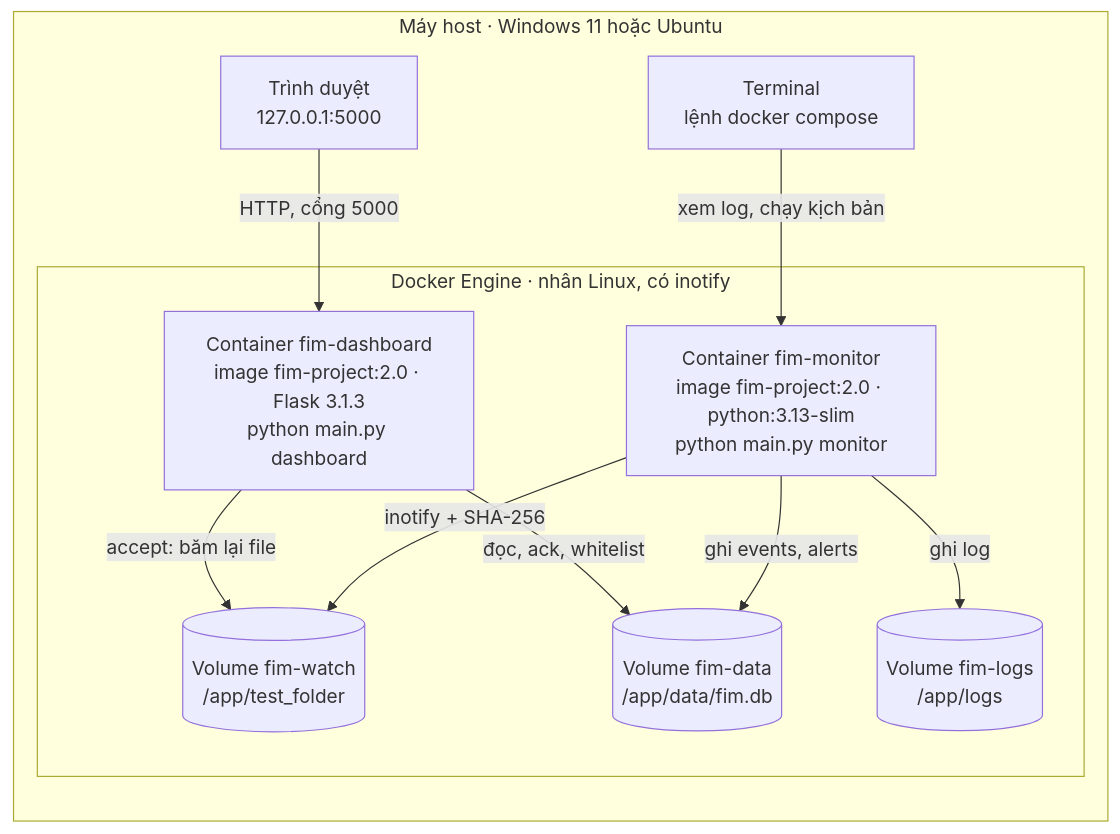
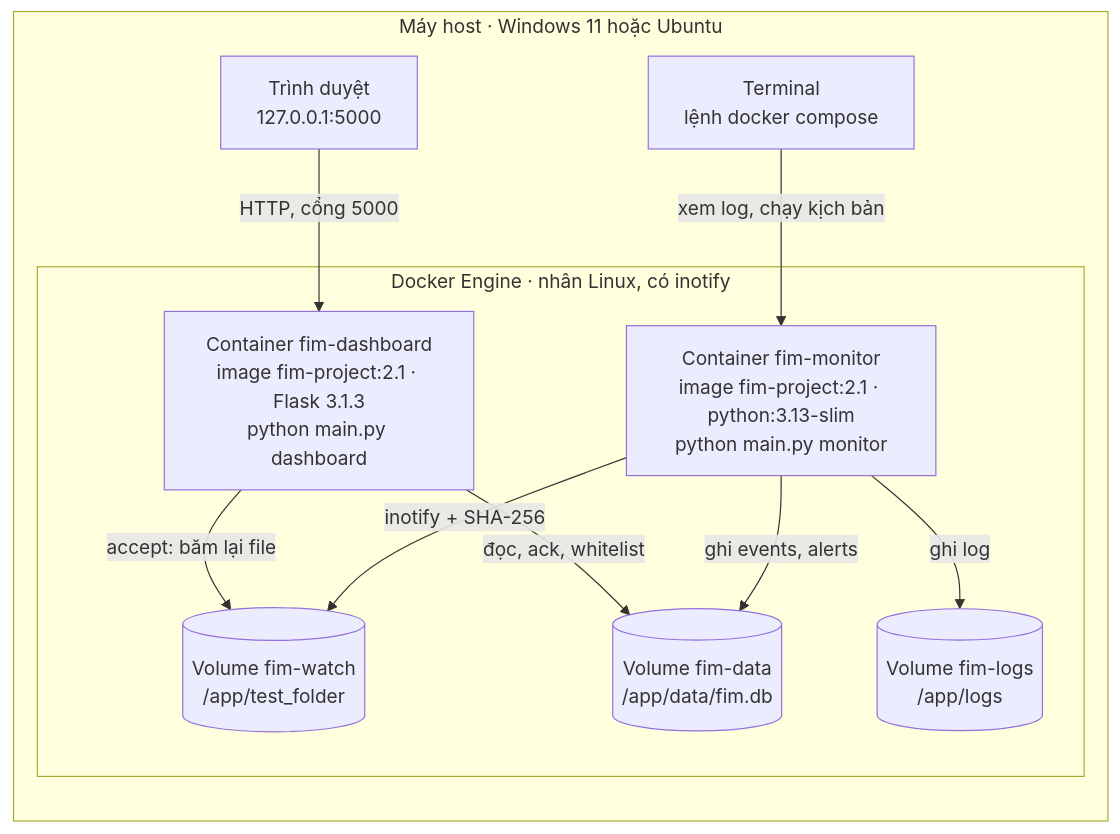
One commit to huukhai243/FIM_Project changed the first of 5 diagrams in docs/diagrams.md. Above: the diagram before and after it, drawn with Mermaid. The commit also changed 19 other files, not shown here.

````diff
--- a/docs/diagrams.md
+++ b/docs/diagrams.md
@@ -11,21 +11,21 @@
 ```mermaid
 flowchart LR
   subgraph HOST["Máy host · Windows 11 hoặc Ubuntu"]
     BR["Trình duyệt<br/>127.0.0.1:5000"]
     TERM["Terminal<br/>lệnh docker compose"]
     subgraph ENG["Docker Engine · nhân Linux, có inotify"]
-      MONC["Container fim-monitor<br/>image fim-project:2.0 · python:3.13-slim<br/>python main.py monitor"]
-      DASH["Container fim-dashboard<br/>image fim-project:2.0 · Flask 3.1.3<br/>python main.py dashboard"]
+      MONC["Container fim-monitor<br/>image fim-project:2.1 · python:3.13-slim<br/>python main.py monitor"]
+      DASH["Container fim-dashboard<br/>image fim-project:2.1 · Flask 3.1.3<br/>python main.py dashboard"]
       VW[("Volume fim-watch<br/>/app/test_folder")]
       VD[("Volume fim-data<br/>/app/data/fim.db")]
       VL[("Volume fim-logs<br/>/app/logs")]
     end
   end
   BR -- "HTTP, cổng 5000" --> DASH
   TERM -- "xem log, chạy kịch bản" --> MONC
   MONC -- "inotify + SHA-256" --> VW
   MONC -- "ghi events, alerts" --> VD
   MONC -- "ghi log" --> VL
   DASH -- "đọc, ack, whitelist" --> VD
   DASH -- "accept: băm lại file" --> VW
 ```
````
